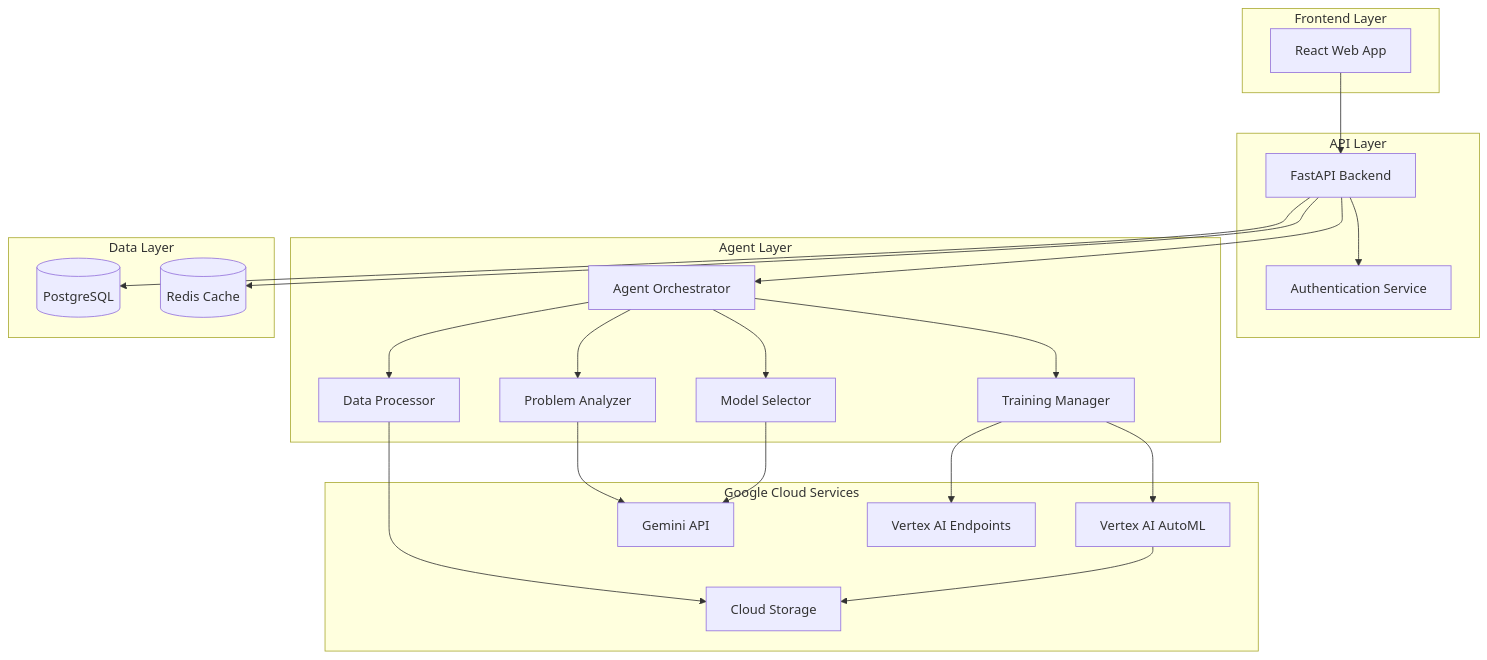
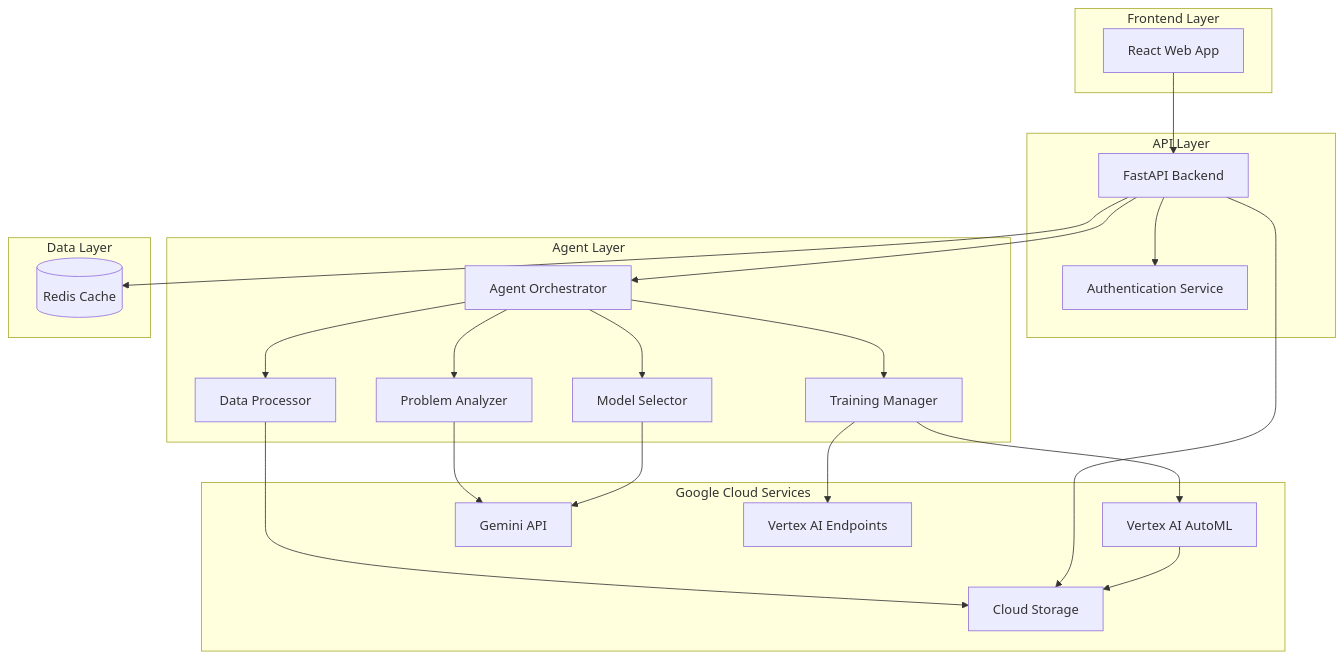
The diagram in .kiro/specs/agentic-model-training-platform/design.md (R1nneC0de/ModelMaestro), drawn with Mermaid before and after one commit. The commit also changed other lines of this file and 36 other files, not shown here.

````diff
--- a/.kiro/specs/agentic-model-training-platform/design.md
+++ b/.kiro/specs/agentic-model-training-platform/design.md
@@ -11,47 +11,46 @@
 ```mermaid
 graph TB
     subgraph "Frontend Layer"
         UI[React Web App]
     end
     
     subgraph "API Layer"
         API[FastAPI Backend]
         Auth[Authentication Service]
     end
     
     subgraph "Agent Layer"
         Orchestrator[Agent Orchestrator]
         Analyzer[Problem Analyzer]
         DataProcessor[Data Processor]
         ModelSelector[Model Selector]
         TrainingManager[Training Manager]
     end
     
     subgraph "Google Cloud Services"
         VertexAI[Vertex AI AutoML]
         GCS[Cloud Storage]
         Gemini[Gemini API]
         Endpoints[Vertex AI Endpoints]
     end
     
     subgraph "Data Layer"
-        DB[(PostgreSQL)]
         Redis[(Redis Cache)]
     end
     
     UI --> API
     API --> Auth
     API --> Orchestrator
     Orchestrator --> Analyzer
     Orchestrator --> DataProcessor
     Orchestrator --> ModelSelector
     Orchestrator --> TrainingManager
     Analyzer --> Gemini
     ModelSelector --> Gemini
     DataProcessor --> GCS
     TrainingManager --> VertexAI
     TrainingManager --> Endpoints
-    API --> DB
+    API --> GCS
     API --> Redis
     VertexAI --> GCS
 ```
````
